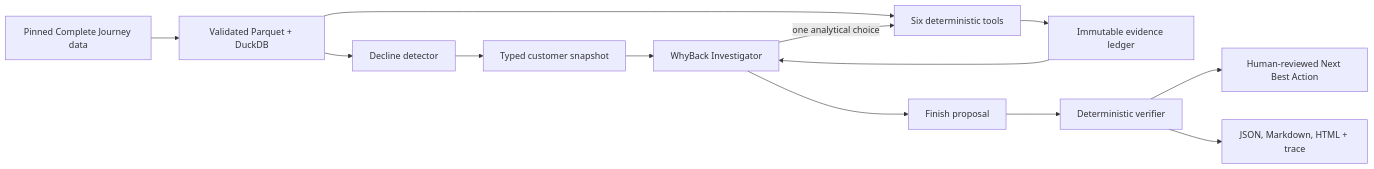
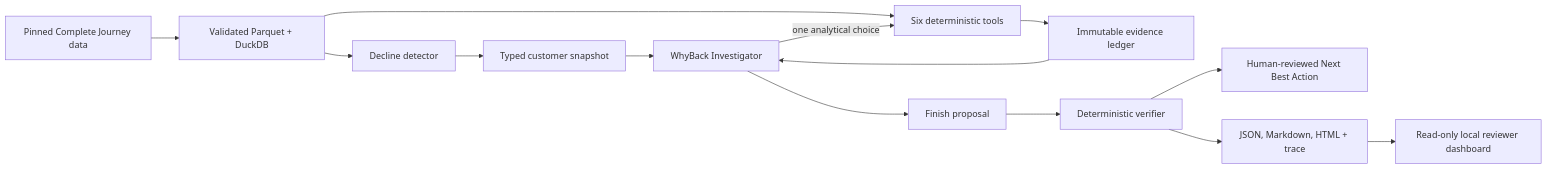
One commit to nickjanocik/WhyBack changed the diagram in README.md. Above: the diagram before and after it, drawn with Mermaid. The commit also changed other lines of this file and 119 other files, not shown here.

````diff
--- a/README.md
+++ b/README.md
@@ -14,15 +14,16 @@
 ```mermaid
 flowchart LR
     A[Pinned Complete Journey data] --> B[Validated Parquet + DuckDB]
     B --> C[Decline detector]
     B --> D[Six deterministic tools]
     C --> E[Typed customer snapshot]
     E --> F[WhyBack Investigator]
     F -->|one analytical choice| D
     D --> G[Immutable evidence ledger]
     G --> F
     F --> H[Finish proposal]
     H --> I[Deterministic verifier]
     I --> J[Human-reviewed Next Best Action]
     I --> K[JSON, Markdown, HTML + trace]
+    K --> L[Read-only local reviewer dashboard]
 ```
````
